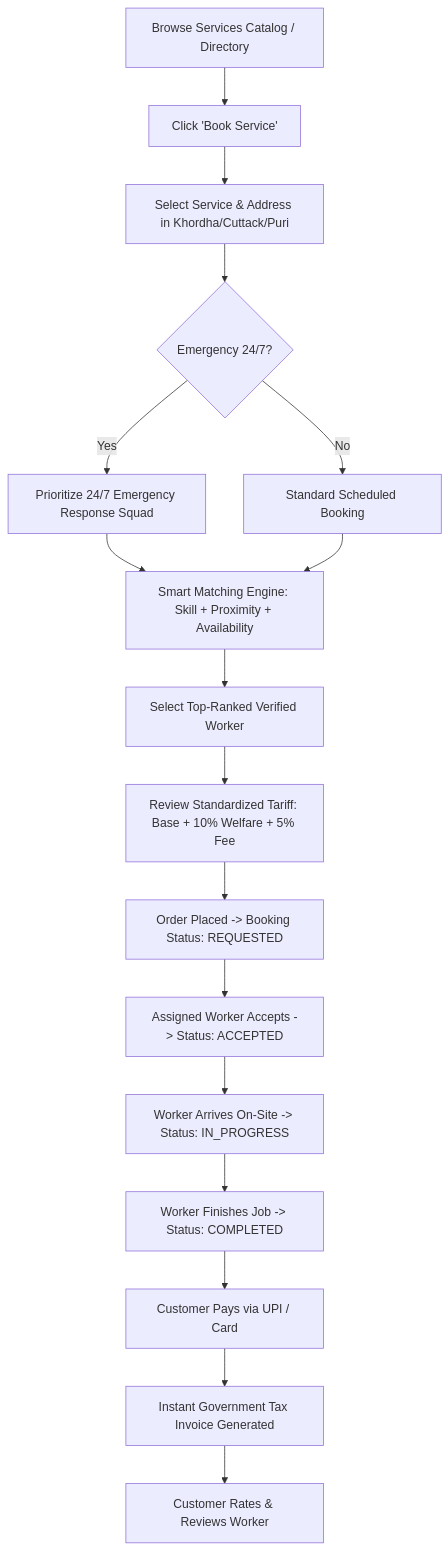
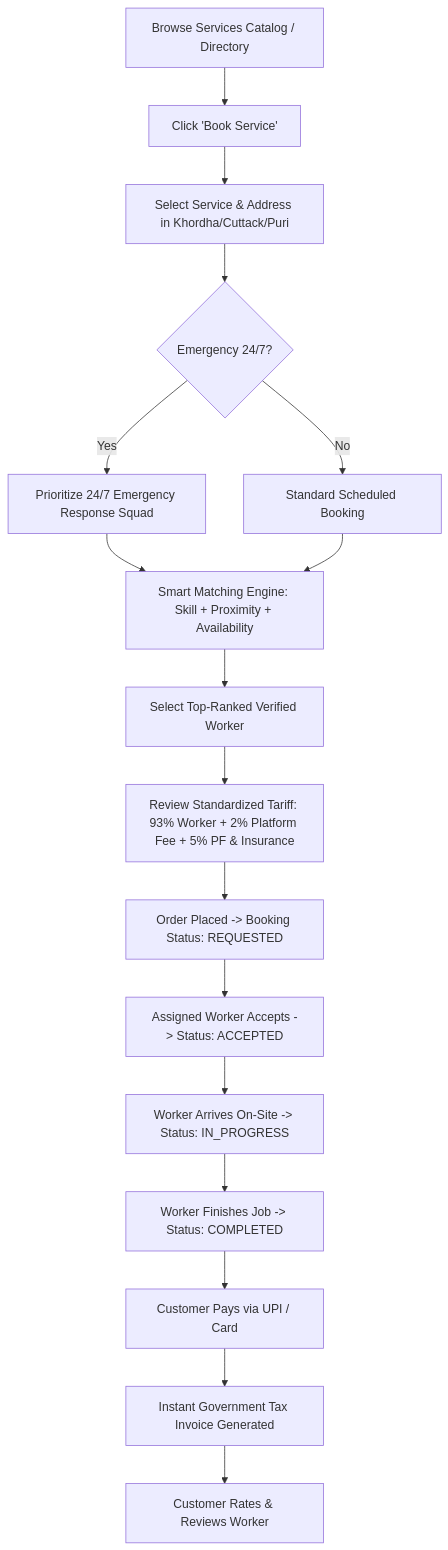
The first of 3 diagrams in WORKFLOW.md (sarathyprasad/hack089), drawn with Mermaid before and after one commit. The commit also changed other lines of this file and 63 other files, not shown here.

````diff
--- a/WORKFLOW.md
+++ b/WORKFLOW.md
@@ -9,19 +9,19 @@
 ```mermaid
 graph TD
     A[Browse Services Catalog / Directory] --> B[Click 'Book Service']
     B --> C[Select Service & Address in Khordha/Cuttack/Puri]
     C --> D{Emergency 24/7?}
     D -->|Yes| E[Prioritize 24/7 Emergency Response Squad]
     D -->|No| F[Standard Scheduled Booking]
     E --> G[Smart Matching Engine: Skill + Proximity + Availability]
     F --> G
     G --> H[Select Top-Ranked Verified Worker]
-    H --> I[Review Standardized Tariff: Base + 10% Welfare + 5% Fee]
+    H --> I[Review Standardized Tariff: 93% Worker + 2% Platform Fee + 5% PF & Insurance]
     I --> J[Order Placed -> Booking Status: REQUESTED]
     J --> K[Assigned Worker Accepts -> Status: ACCEPTED]
     K --> L[Worker Arrives On-Site -> Status: IN_PROGRESS]
     L --> M[Worker Finishes Job -> Status: COMPLETED]
     M --> N[Customer Pays via UPI / Card]
     N --> O[Instant Government Tax Invoice Generated]
     O --> P[Customer Rates & Reviews Worker]
 ```
````
